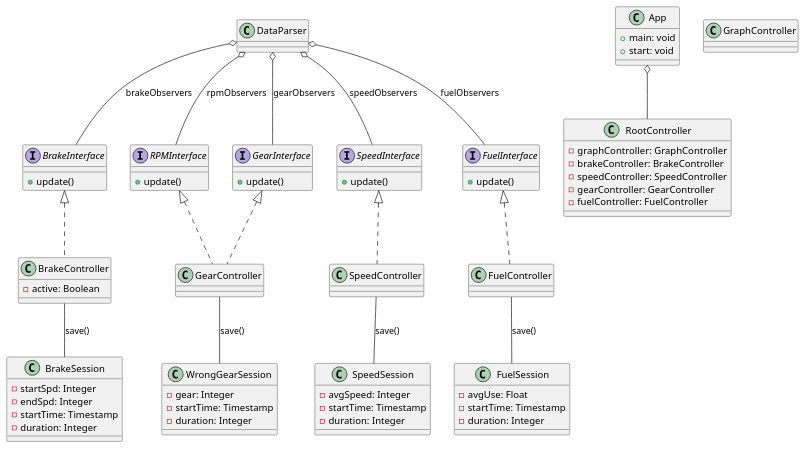
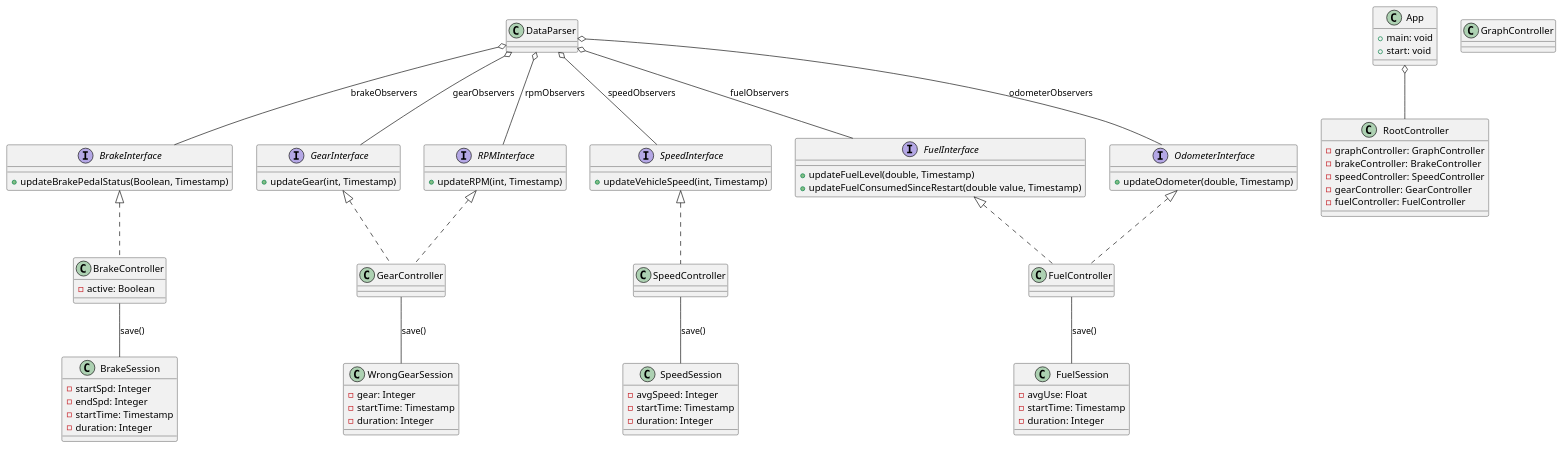
One commit to TeamBananaCore/Epic changed the diagram in diagram.puml. Above: the diagram before and after it, drawn with PlantUML. The commit also changed 1 other file, not shown here.

Commit message:
Updated class diagram

```diff
--- a/diagram.puml
+++ b/diagram.puml
@@ -1,105 +1,112 @@
 @startuml
 
 class DataParser{
 }
 
 class App{
     +main: void
     +start: void
 }
 
 'Controllers
 class RootController{
     -graphController: GraphController
     -brakeController: BrakeController
     -speedController: SpeedController
     -gearController: GearController
     -fuelController: FuelController
 }
 
 class GraphController{
 
 }
 
 class BrakeController{
     -active: Boolean
 }
 
 class GearController{
 }
 
 class SpeedController{
 }
 
 class FuelController{
 }
 
 'Models
 class BrakeSession{
     -startSpd: Integer
     -endSpd: Integer
     -startTime: Timestamp
     -duration: Integer
 }
 
 class WrongGearSession{
     -gear: Integer
     -startTime: Timestamp
     -duration: Integer
 }
 
 class FuelSession{
     -avgUse: Float
     -startTime: Timestamp
     -duration: Integer
 }
 
 class SpeedSession{
     -avgSpeed: Integer
     -startTime: Timestamp
     -duration: Integer
 }
 
 'Interfaces
 interface BrakeInterface{
-    +update()
+    +updateBrakePedalStatus(Boolean, Timestamp)
 }
 
 interface RPMInterface{
-    +update()
+    +updateRPM(int, Timestamp)
 }
 
 interface SpeedInterface{
-    +update()
+    +updateVehicleSpeed(int, Timestamp)
 }
 
 interface GearInterface{
-    +update()
+    +updateGear(int, Timestamp)
 }
 
 interface FuelInterface{
-    +update()
+    +updateFuelLevel(double, Timestamp)
+    +updateFuelConsumedSinceRestart(double value, Timestamp)
+}
+
+interface OdometerInterface{
+    +updateOdometer(double, Timestamp)
 }
 
 'Relations
 BrakeInterface<|..BrakeController
 FuelInterface<|..FuelController
 SpeedInterface<|..SpeedController
 RPMInterface<|..GearController
 GearInterface<|..GearController
+OdometerInterface<|.. FuelController
 
 DataParser o-- BrakeInterface: brakeObservers
 DataParser o-- RPMInterface: rpmObservers
 DataParser o-- GearInterface: gearObservers
 DataParser o-- SpeedInterface: speedObservers
 DataParser o-- FuelInterface: fuelObservers
+DataParser o-- OdometerInterface: odometerObservers
 
 BrakeController--BrakeSession:save()
 SpeedController--SpeedSession:save()
 GearController--WrongGearSession:save()
 FuelController--FuelSession:save()
 
 App o-- RootController
 
 
 @enduml
```
